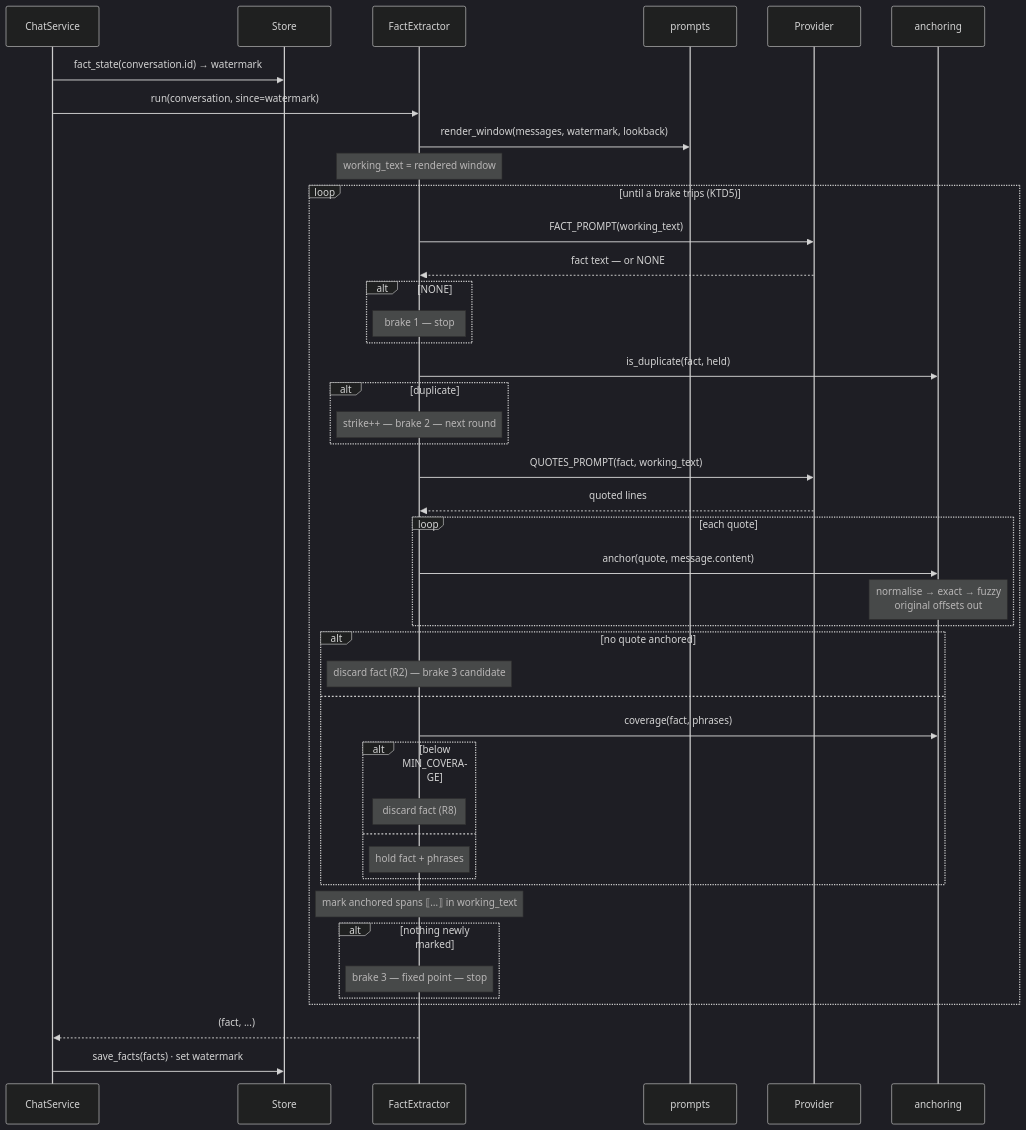
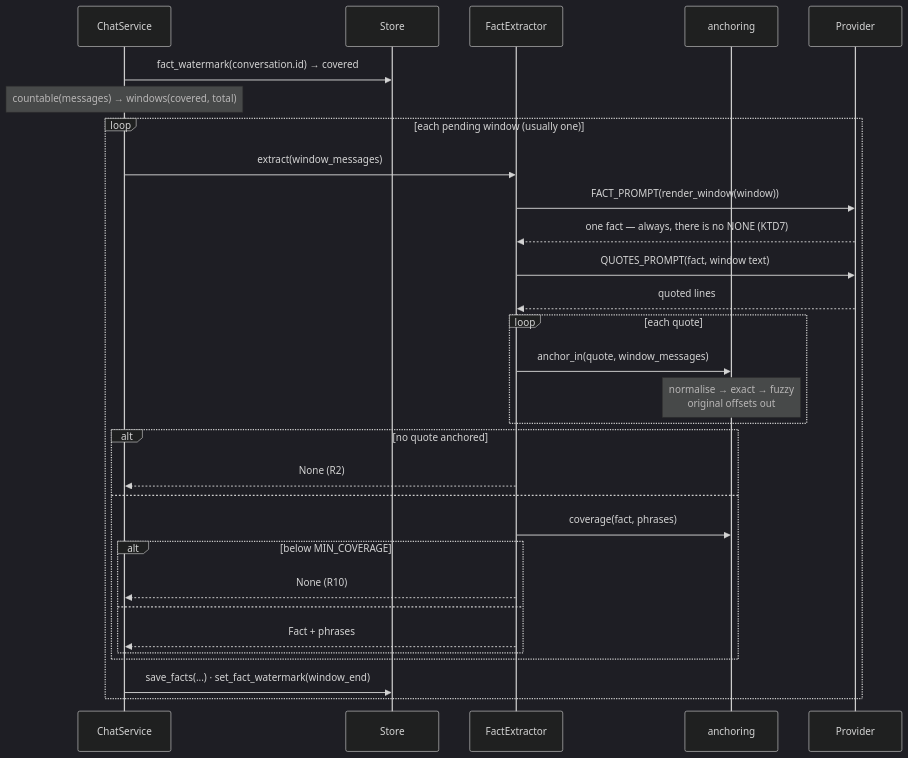
The third of 4 diagrams in docs/plans/2026-08-13-009-feat-grounded-fact-extraction-plan.md (Alorcus/agent_project), drawn with Mermaid (dark theme) before and after one commit. The commit also changed other lines of this file, not shown here.

````diff
--- a/docs/plans/2026-08-13-009-feat-grounded-fact-extraction-plan.md
+++ b/docs/plans/2026-08-13-009-feat-grounded-fact-extraction-plan.md
@@ -355,49 +525,33 @@
 ```mermaid
 sequenceDiagram
     participant CS as ChatService
     participant St as Store
     participant FX as FactExtractor
-    participant PR as prompts
+    participant AN as anchoring
     participant P as Provider
-    participant AN as anchoring
 
-    CS->>St: fact_state(conversation.id) → watermark
-    CS->>FX: run(conversation, since=watermark)
-    FX->>PR: render_window(messages, watermark, lookback)
-    Note over FX: working_text = rendered window
-
-    loop until a brake trips (KTD5)
-        FX->>P: FACT_PROMPT(working_text)
-        P-->>FX: fact text — or NONE
-        alt NONE
-            Note over FX: brake 1 — stop
-        end
-        FX->>AN: is_duplicate(fact, held)
-        alt duplicate
-            Note over FX: strike++ — brake 2 — next round
-        end
-        FX->>P: QUOTES_PROMPT(fact, working_text)
+    CS->>St: fact_watermark(conversation.id) → covered
+    Note over CS: countable(messages) → windows(covered, total)
+    loop each pending window (usually one)
+        CS->>FX: extract(window_messages)
+        FX->>P: FACT_PROMPT(render_window(window))
+        P-->>FX: one fact — always, there is no NONE (KTD7)
+        FX->>P: QUOTES_PROMPT(fact, window text)
         P-->>FX: quoted lines
         loop each quote
-            FX->>AN: anchor(quote, message.content)
+            FX->>AN: anchor_in(quote, window_messages)
             Note over AN: normalise → exact → fuzzy<br/>original offsets out
         end
         alt no quote anchored
-            Note over FX: discard fact (R2) — brake 3 candidate
+            FX-->>CS: None (R2)
         else
             FX->>AN: coverage(fact, phrases)
             alt below MIN_COVERAGE
-                Note over FX: discard fact (R8)
+                FX-->>CS: None (R10)
             else
-                Note over FX: hold fact + phrases
+                FX-->>CS: Fact + phrases
             end
         end
-        Note over FX: mark anchored spans ⟦…⟧ in working_text
-        alt nothing newly marked
-            Note over FX: brake 3 — fixed point — stop
-        end
+        CS->>St: save_facts(...) · set_fact_watermark(window_end)
     end
-
-    FX-->>CS: (fact, ...)
-    CS->>St: save_facts(facts) · set watermark
 ```
````
